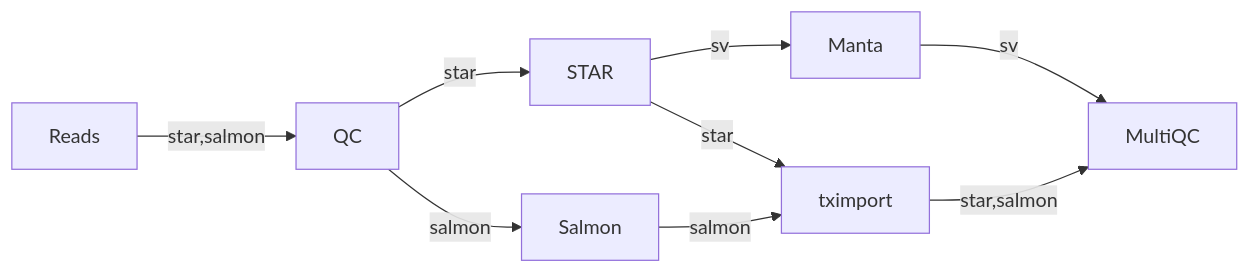
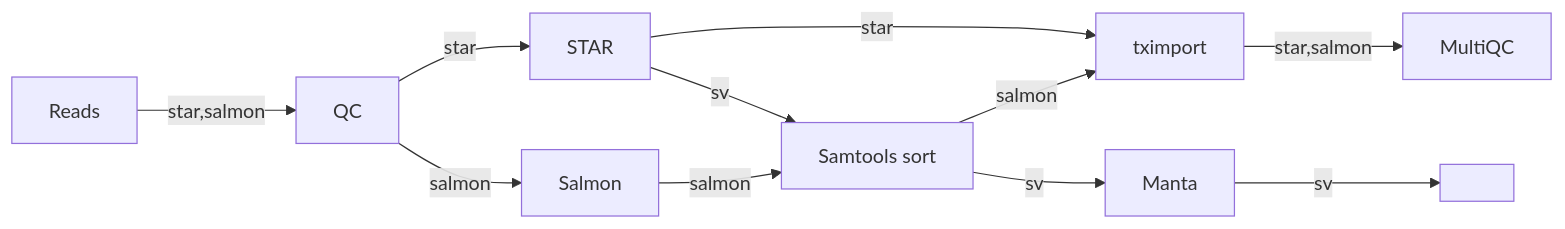
The diagram in examples/inactive_lines.mmd (pinin4fjords/nf-metro), drawn with Mermaid before and after one commit. The commit also changed 2 other files, not shown here.

Commit message:
test(gallery): exercise banner and interchange muting in the render-diff corpus
The inactive_lines gallery example now routes its two inactive subworkflows
through a shared cross-track interchange carrying a declared marker colour and
ends one of them at a banner file icon. Rendered with no CLI flags, both the
interchange interior and the banner band render muted, so the render-diff corpus
covers this muting on every PR rather than only the unit tests. Reconcile the
corpus topology digest for the changed fixture.

Refs #1895.

```diff
--- a/examples/inactive_lines.mmd
+++ b/examples/inactive_lines.mmd
@@ -1,23 +1,30 @@
 %%metro title: Inactive Lines
 %%metro style: nfcore
 %%metro line: star | STAR alignment (default) | #2db572
 %%metro line: salmon | Salmon pseudo-alignment (inactive) | #ff8c00 | solid | inactive
 %%metro line: sv | Structural variants (inactive) | #e63946 | dashed | inactive
+%%metro marker: sortmerge | square, #6a4c93
+%%metro interchange: sortmerge | salmon | sv
+%%metro files: sv_vcf | VCF | | banner
 
 graph LR
     reads[Reads]
     qc[QC]
     star_align[STAR]
     salmon_align[Salmon]
+    sortmerge[Samtools sort]
     manta[Manta]
     quant[tximport]
+    sv_vcf[ ]
     report[MultiQC]
 
     reads -->|star,salmon| qc
     qc -->|star| star_align
     qc -->|salmon| salmon_align
     star_align -->|star| quant
-    salmon_align -->|salmon| quant
-    star_align -->|sv| manta
-    manta -->|sv| report
+    star_align -->|sv| sortmerge
+    salmon_align -->|salmon| sortmerge
+    sortmerge -->|salmon| quant
+    sortmerge -->|sv| manta
+    manta -->|sv| sv_vcf
     quant -->|star,salmon| report
```
